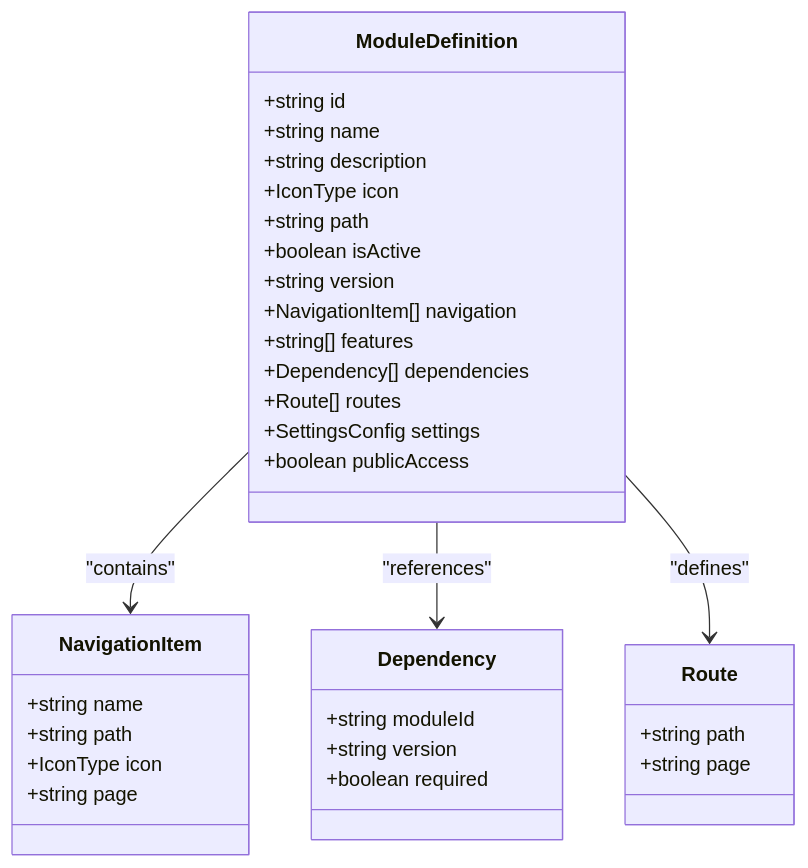
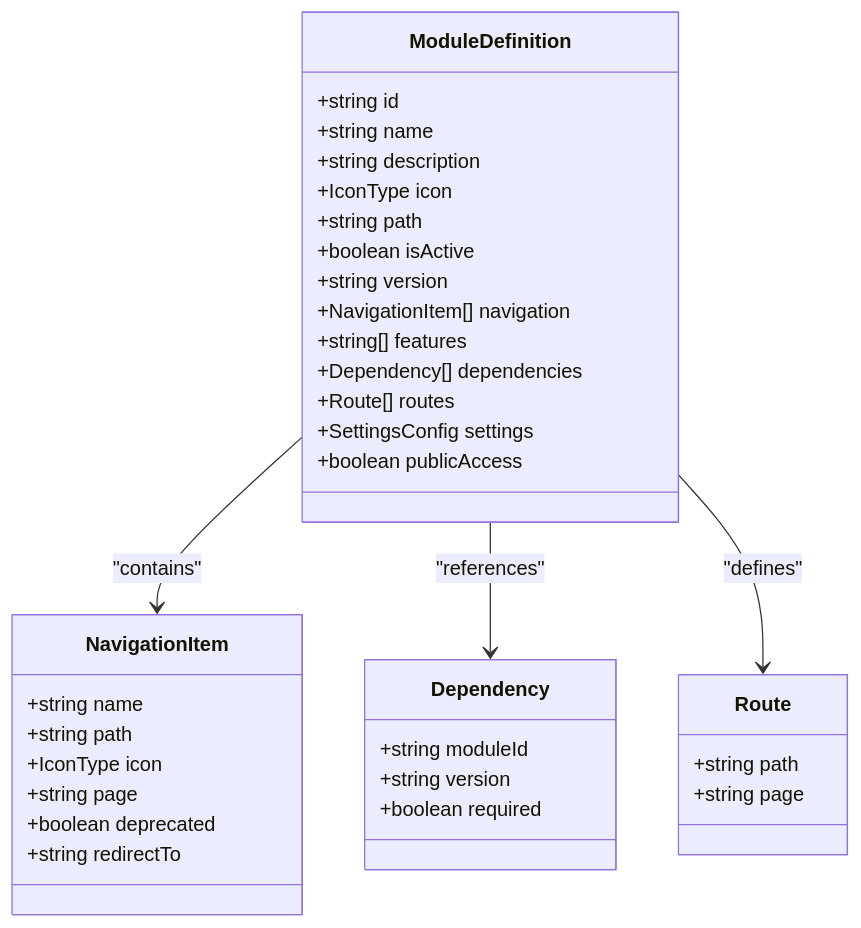
Before and after one commit to geniusdynamics/schoolpilot: the second of 11 diagrams in .qoder/repowiki/en/content/Admissions Module.md, drawn with Mermaid. The commit also changed other lines of this file and 311 other files, not shown here.

````diff
--- a/.qoder/repowiki/en/content/Admissions Module.md
+++ b/.qoder/repowiki/en/content/Admissions Module.md
@@ -118,36 +103,38 @@
 ```mermaid
 classDiagram
 class ModuleDefinition {
 +string id
 +string name
 +string description
 +IconType icon
 +string path
 +boolean isActive
 +string version
 +NavigationItem[] navigation
 +string[] features
 +Dependency[] dependencies
 +Route[] routes
 +SettingsConfig settings
 +boolean publicAccess
 }
 class NavigationItem {
 +string name
 +string path
 +IconType icon
 +string page
++boolean deprecated
++string redirectTo
 }
 class Dependency {
 +string moduleId
 +string version
 +boolean required
 }
 class Route {
 +string path
 +string page
 }
 ModuleDefinition --> NavigationItem : "contains"
 ModuleDefinition --> Dependency : "references"
 ModuleDefinition --> Route : "defines"
 ```
````
